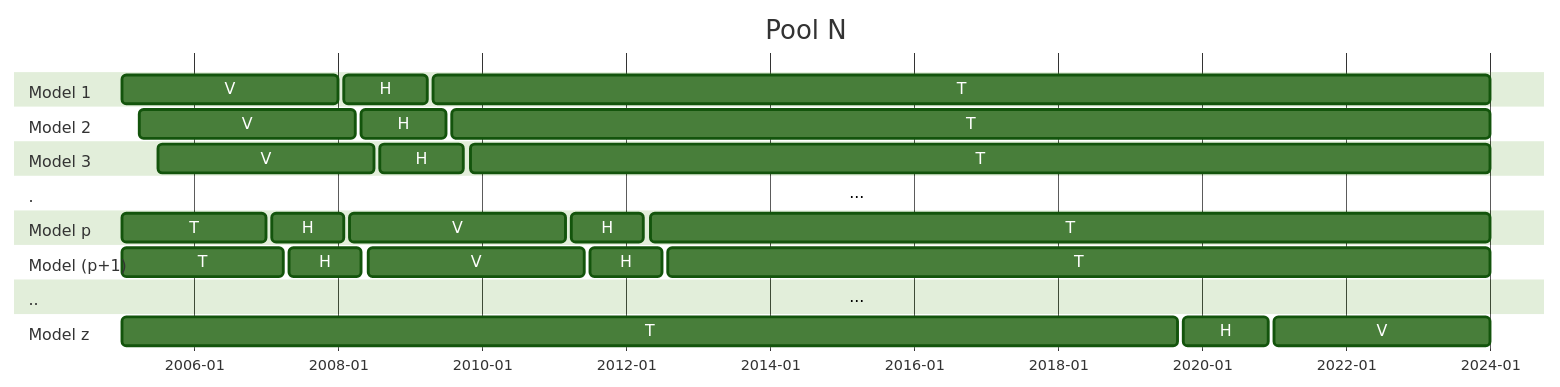
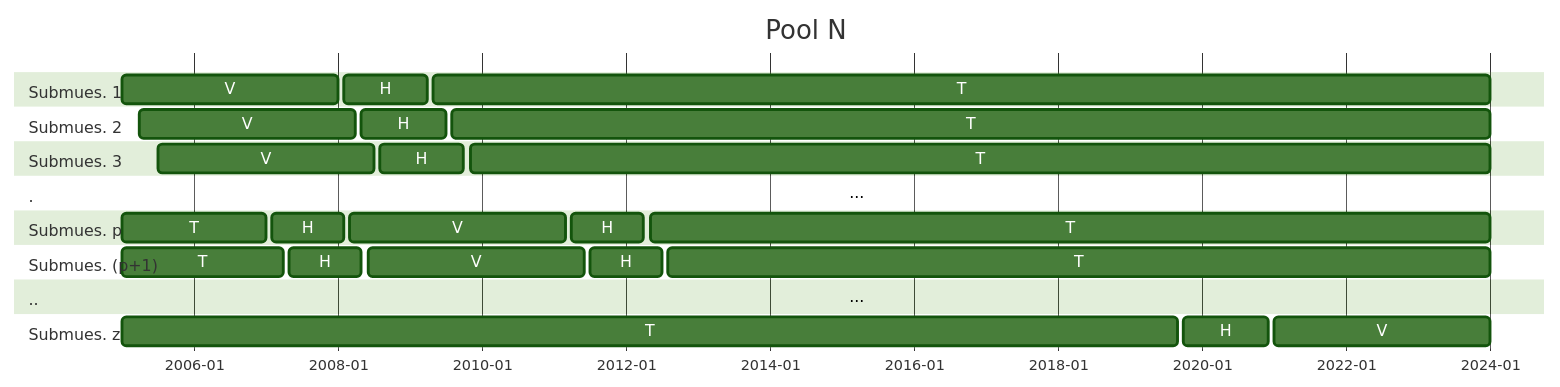
The diagram in hefm/results/SVAR50_4B/SVAR50_4B_HV/SVAR50_4B_HV.qmd (DIE-BG/DIE-BG.github.io), drawn with Mermaid before and after one commit. The commit also changed other lines of this file and 2 other files, not shown here.

Commit message:
chore(SVAR50_4B/excercises): Change "modelo" word to "submuestra/parametrización"

````diff
--- a/hefm/results/SVAR50_4B/SVAR50_4B_HV/SVAR50_4B_HV.qmd
+++ b/hefm/results/SVAR50_4B/SVAR50_4B_HV/SVAR50_4B_HV.qmd
@@ -74,48 +74,48 @@
 ```{mermaid}
 %%| fig-width: 6
 %%{
 init: {
   "gantt": {
   "displayMode":"compact"
   },
   "securityLevel": "loose",
   "theme": "forest"   
 }
 }%%
 gantt
     title Pool N
     dateFormat  YYYY-QQ
     axisFormat %Y-%m
-    section Model 1
+    section Submues. 1
     V  :a3, 2005-01, 36M
     H  :a4,2008-02,14M
     T  :a5, 2009-05,176M
-    section Model 2
+    section Submues. 2
     V  :a3, 2005-04, 36M
     H  :a4,2008-05,14M
     T  :a5, 2009-08,173M
-    section Model 3
+    section Submues. 3
     V   :a3, 2005-07, 36M
     H   :a4,2008-08,14M
     T   :a5, 2009-011,170M
     section .
     ... :a1, 2015-01-02, 
-    section Model p
+    section Submues. p
     T    :a1, 2005-01, 24M
     H    :a2,2007-02,12M
     V    :a3, 2008-03,36M
     H    :a4,2011-04,12M
     T     :a5, 2012-05,140M
-    section Model (p+1)
+    section Submues. (p+1)
     T    :a1, 2005-01, 27M
     H    :a2,2007-05,12M
     V    :a3, 2008-06,36M
     H    :a4,2011-07,12M
     T     :a5, 2012-08,137M
     section ..
     ... :a1, 2015-01-02,
-    section Model z
+    section Submues. z
     T    :a1, 2005-01, 176M
     H    :a2,2019-010,14M
     V    :a3, 2021-01,36M
 ```
````
